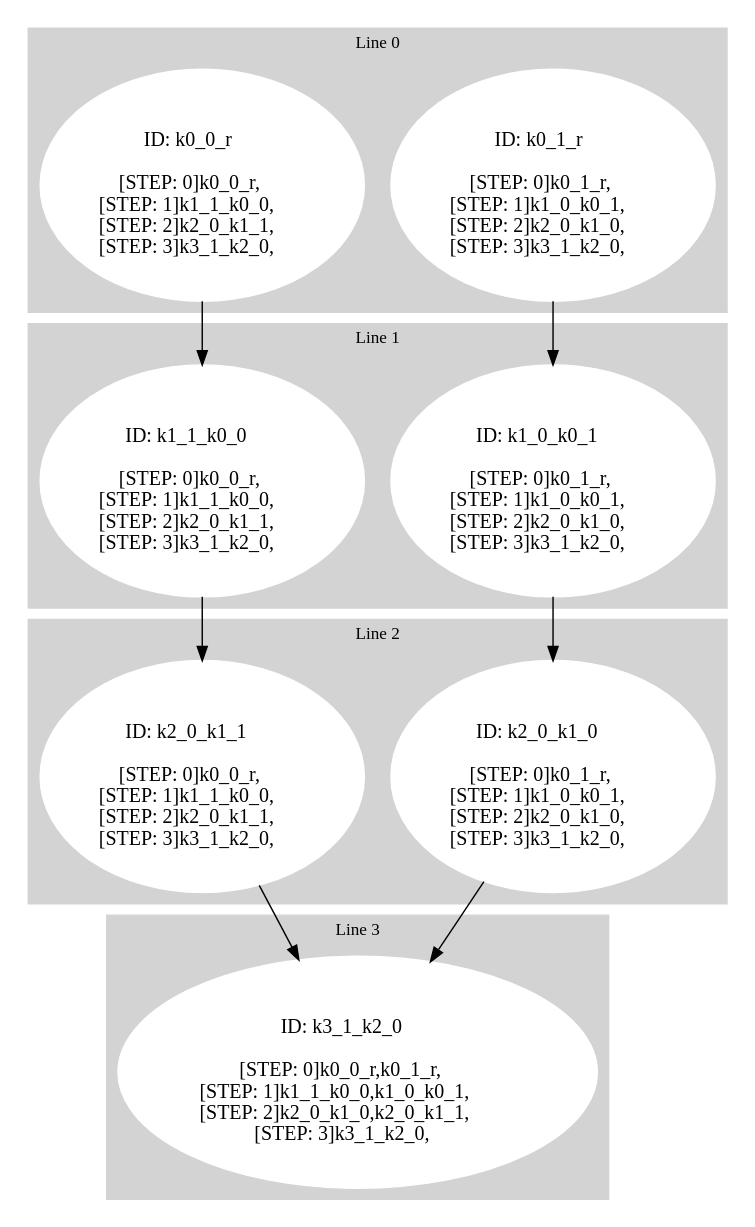
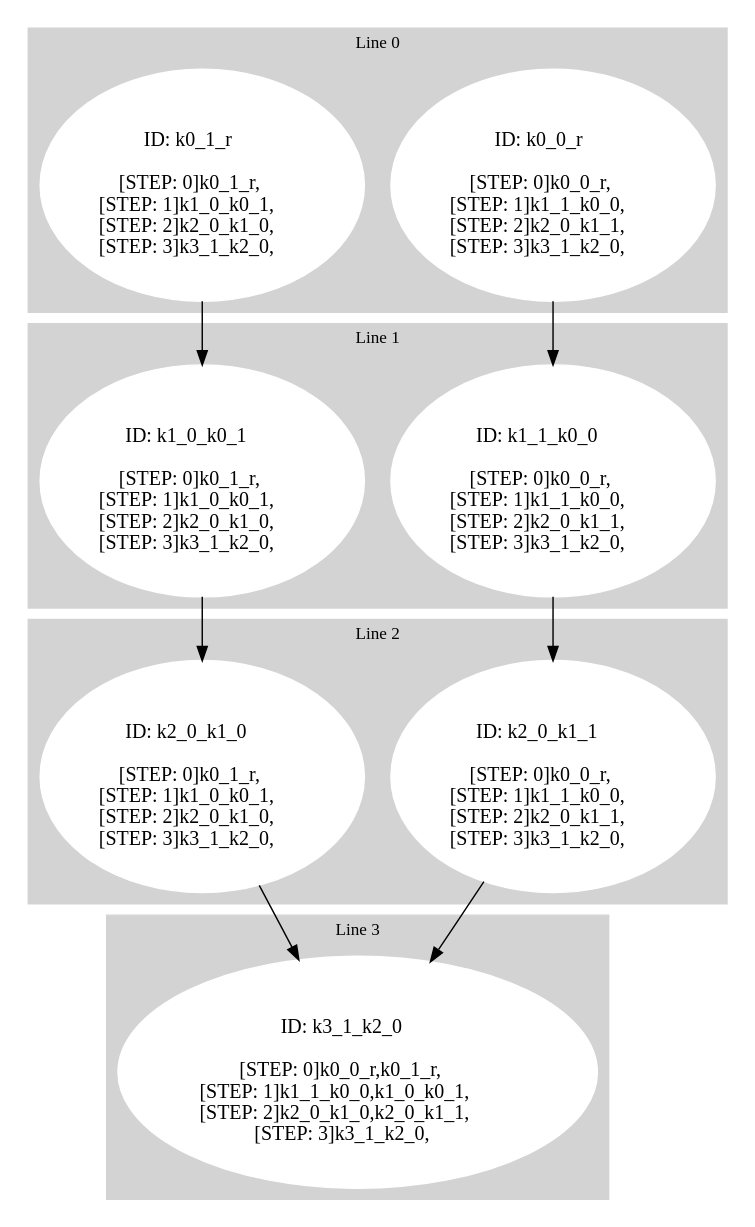
Before and after one commit to ricardombiot/3sat_machine_original_rs: the diagram in test_visual/gpath_y0.dot, drawn with Graphviz. The commit also changed 19 other files, not shown here.

```diff
--- a/test_visual/gpath_y0.dot
+++ b/test_visual/gpath_y0.dot
@@ -1,76 +1,76 @@
 digraph G {
      compound=true 
 subgraph cluster_line_0 {
  style=filled;
  color=lightgrey; 
      node [style=filled,color=white]; 
-k0_1_r [label=<<BR /> ID: k0_1_r <BR /> <BR />
+k0_0_r [label=<<BR /> ID: k0_0_r <BR /> <BR />
+[STEP: 0]k0_0_r,<BR />
+[STEP: 1]k1_1_k0_0,<BR />
+[STEP: 2]k2_0_k1_1,<BR />
+[STEP: 3]k3_1_k2_0,<BR />
+>]k0_1_r [label=<<BR /> ID: k0_1_r <BR /> <BR />
 [STEP: 0]k0_1_r,<BR />
 [STEP: 1]k1_0_k0_1,<BR />
 [STEP: 2]k2_0_k1_0,<BR />
-[STEP: 3]k3_1_k2_0,<BR />
->]k0_0_r [label=<<BR /> ID: k0_0_r <BR /> <BR />
-[STEP: 0]k0_0_r,<BR />
-[STEP: 1]k1_1_k0_0,<BR />
-[STEP: 2]k2_0_k1_1,<BR />
 [STEP: 3]k3_1_k2_0,<BR />
 >]
      fontsize="12" 
      label = "Line 0 " 
  }
 subgraph cluster_line_1 {
  style=filled;
  color=lightgrey; 
      node [style=filled,color=white]; 
 k1_1_k0_0 [label=<<BR /> ID: k1_1_k0_0 <BR /> <BR />
 [STEP: 0]k0_0_r,<BR />
 [STEP: 1]k1_1_k0_0,<BR />
 [STEP: 2]k2_0_k1_1,<BR />
 [STEP: 3]k3_1_k2_0,<BR />
 >]k1_0_k0_1 [label=<<BR /> ID: k1_0_k0_1 <BR /> <BR />
 [STEP: 0]k0_1_r,<BR />
 [STEP: 1]k1_0_k0_1,<BR />
 [STEP: 2]k2_0_k1_0,<BR />
 [STEP: 3]k3_1_k2_0,<BR />
 >]
      fontsize="12" 
      label = "Line 1 " 
  }
 subgraph cluster_line_2 {
  style=filled;
  color=lightgrey; 
      node [style=filled,color=white]; 
-k2_0_k1_1 [label=<<BR /> ID: k2_0_k1_1 <BR /> <BR />
+k2_0_k1_0 [label=<<BR /> ID: k2_0_k1_0 <BR /> <BR />
+[STEP: 0]k0_1_r,<BR />
+[STEP: 1]k1_0_k0_1,<BR />
+[STEP: 2]k2_0_k1_0,<BR />
+[STEP: 3]k3_1_k2_0,<BR />
+>]k2_0_k1_1 [label=<<BR /> ID: k2_0_k1_1 <BR /> <BR />
 [STEP: 0]k0_0_r,<BR />
 [STEP: 1]k1_1_k0_0,<BR />
 [STEP: 2]k2_0_k1_1,<BR />
-[STEP: 3]k3_1_k2_0,<BR />
->]k2_0_k1_0 [label=<<BR /> ID: k2_0_k1_0 <BR /> <BR />
-[STEP: 0]k0_1_r,<BR />
-[STEP: 1]k1_0_k0_1,<BR />
-[STEP: 2]k2_0_k1_0,<BR />
 [STEP: 3]k3_1_k2_0,<BR />
 >]
      fontsize="12" 
      label = "Line 2 " 
  }
 subgraph cluster_line_3 {
  style=filled;
  color=lightgrey; 
      node [style=filled,color=white]; 
 k3_1_k2_0 [label=<<BR /> ID: k3_1_k2_0 <BR /> <BR />
 [STEP: 0]k0_0_r,k0_1_r,<BR />
 [STEP: 1]k1_1_k0_0,k1_0_k0_1,<BR />
 [STEP: 2]k2_0_k1_0,k2_0_k1_1,<BR />
 [STEP: 3]k3_1_k2_0,<BR />
 >]
      fontsize="12" 
      label = "Line 3 " 
  }
+k0_0_r -> k1_1_k0_0
 k0_1_r -> k1_0_k0_1
-k0_0_r -> k1_1_k0_0
 k1_1_k0_0 -> k2_0_k1_1
 k1_0_k0_1 -> k2_0_k1_0
+k2_0_k1_0 -> k3_1_k2_0
 k2_0_k1_1 -> k3_1_k2_0
-k2_0_k1_0 -> k3_1_k2_0
 }
```
